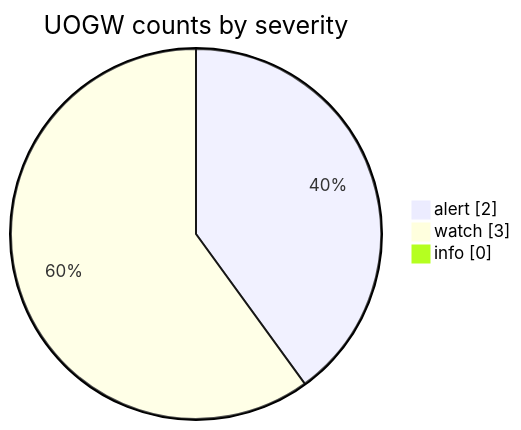
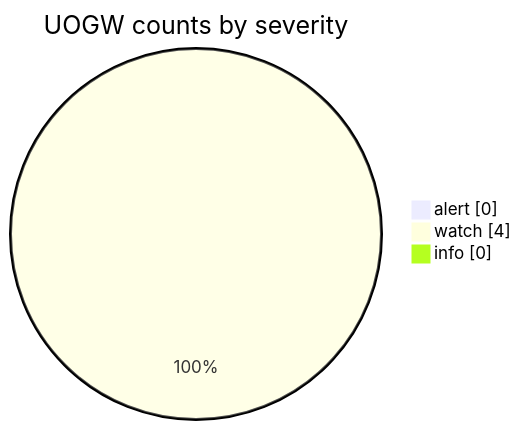
The fourth of 6 diagrams in docs/GRAPHS.md (Midwest-Stratospheric/aerostratospheric-defense-gir), drawn with Mermaid before and after one commit. The commit also changed other lines of this file and 26 other files, not shown here.

````diff
--- a/docs/GRAPHS.md
+++ b/docs/GRAPHS.md
@@ -66,7 +66,7 @@
 ```mermaid
 pie showData
   title UOGW counts by severity
-  "alert" : 2
-  "watch" : 3
+  "alert" : 0
+  "watch" : 4
   "info" : 0
 ```
````
